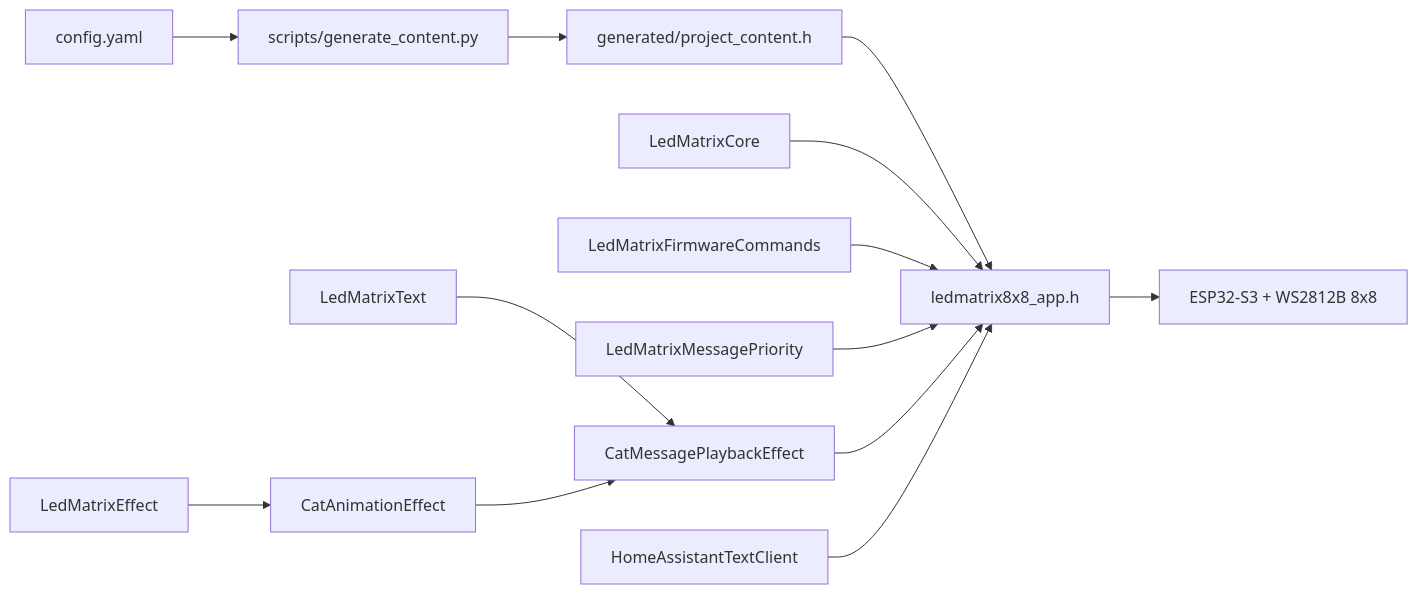
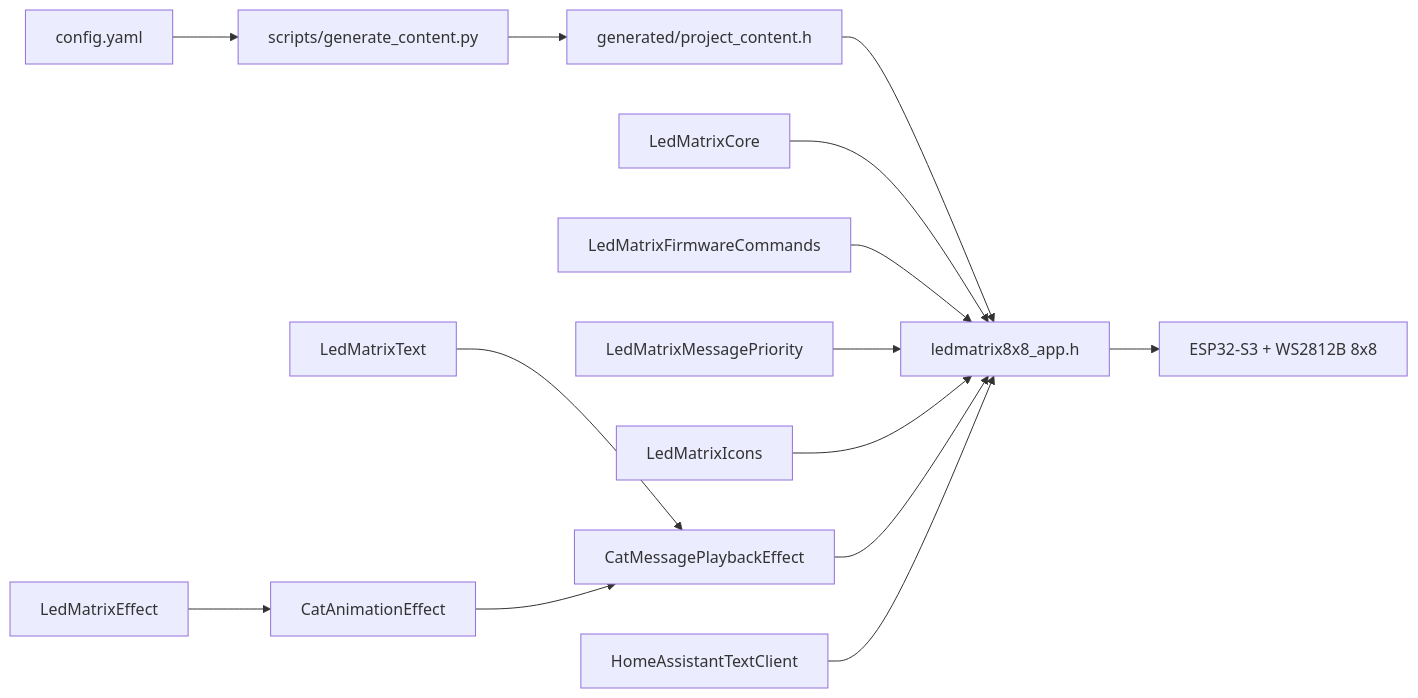
Before and after one commit to bernardopg/ledmatrix8x8: the first of 2 diagrams in README.md, drawn with Mermaid. The commit also changed other lines of this file and 17 other files, not shown here.

````diff
--- a/README.md
+++ b/README.md
@@ -61,15 +66,16 @@
 ```mermaid
 flowchart LR
   A["config.yaml"] --> B["scripts/generate_content.py"]
   B --> C["generated/project_content.h"]
   C --> D["ledmatrix8x8_app.h"]
   E["LedMatrixCore"] --> D
   E2["LedMatrixFirmwareCommands"] --> D
   E3["LedMatrixMessagePriority"] --> D
+  E4["LedMatrixIcons"] --> D
   F["LedMatrixEffect"] --> G["CatAnimationEffect"]
   H["LedMatrixText"] --> I["CatMessagePlaybackEffect"]
   G --> I
   I --> D
   J["HomeAssistantTextClient"] --> D
   D --> K["ESP32-S3 + WS2812B 8x8"]
 ```
````
